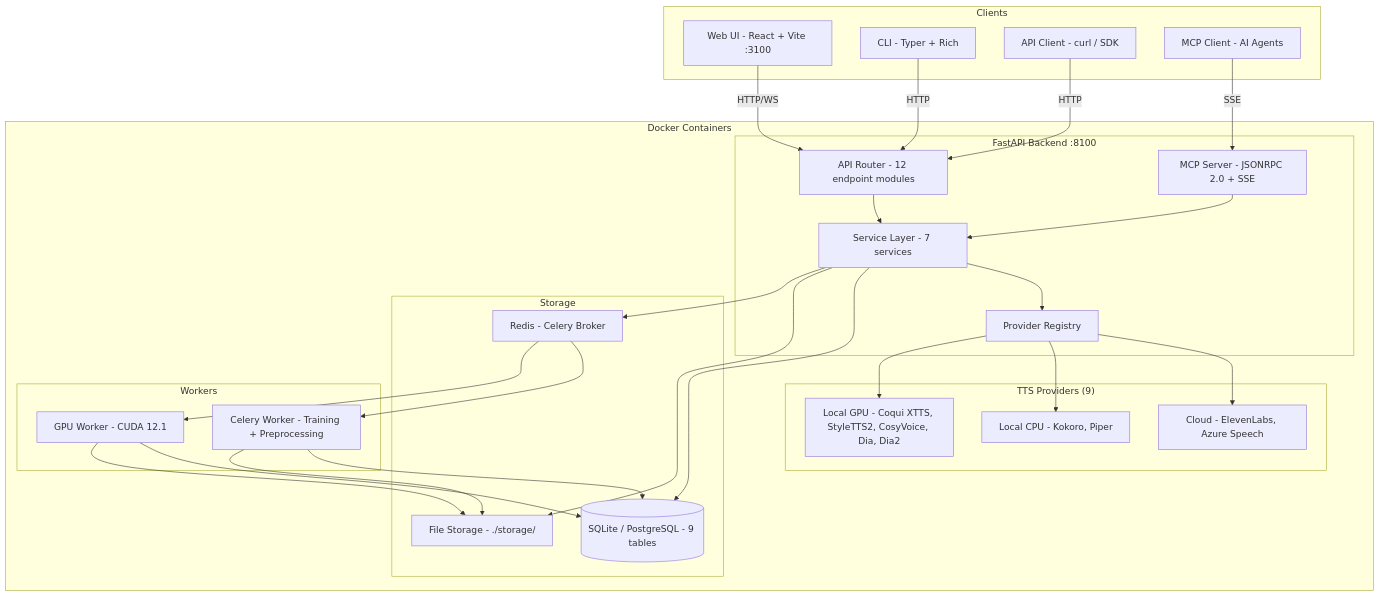
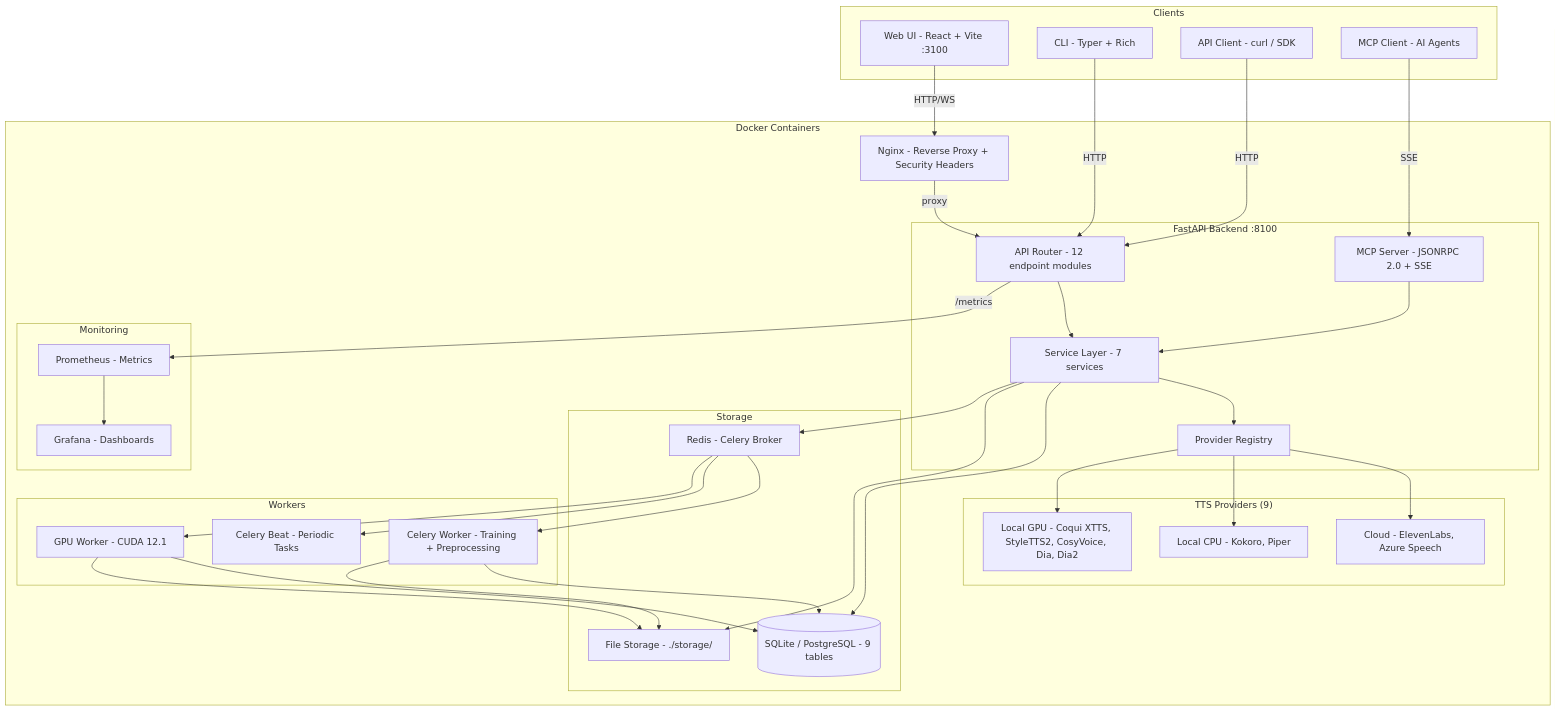
The first of 6 diagrams in docs/architecture.md (HouseGarofalo/atlas-vox), drawn with Mermaid before and after one commit. The commit also changed other lines of this file and 67 other files, not shown here.

````diff
--- a/docs/architecture.md
+++ b/docs/architecture.md
@@ -35,58 +45,71 @@
 ```mermaid
 graph TB
     subgraph Clients
         WebUI["Web UI - React + Vite :3100"]
         CLI["CLI - Typer + Rich"]
         API_Client["API Client - curl / SDK"]
         MCP_Client["MCP Client - AI Agents"]
     end
 
     subgraph Docker["Docker Containers"]
         subgraph Backend["FastAPI Backend :8100"]
             Router["API Router - 12 endpoint modules"]
             MCP["MCP Server - JSONRPC 2.0 + SSE"]
             Services["Service Layer - 7 services"]
             Registry["Provider Registry"]
         end
 
         subgraph Providers["TTS Providers (9)"]
             Cloud["Cloud - ElevenLabs, Azure Speech"]
             LocalCPU["Local CPU - Kokoro, Piper"]
             LocalGPU["Local GPU - Coqui XTTS, StyleTTS2, CosyVoice, Dia, Dia2"]
         end
 
         subgraph Storage
             DB[("SQLite / PostgreSQL - 9 tables")]
             FileStore["File Storage - ./storage/"]
             Redis["Redis - Celery Broker"]
         end
 
         subgraph Workers
             CeleryWorker["Celery Worker - Training + Preprocessing"]
+            CeleryBeat["Celery Beat - Periodic Tasks"]
             GPUWorker["GPU Worker - CUDA 12.1"]
         end
+
+        subgraph Monitoring
+            Prometheus["Prometheus - Metrics"]
+            Grafana["Grafana - Dashboards"]
+        end
+
+        Nginx["Nginx - Reverse Proxy + Security Headers"]
     end
 
-    WebUI -->|HTTP/WS| Router
+    WebUI -->|HTTP/WS| Nginx
+    Nginx -->|proxy| Router
     CLI -->|HTTP| Router
     API_Client -->|HTTP| Router
     MCP_Client -->|SSE| MCP
 
     Router --> Services
     MCP --> Services
     Services --> Registry
     Services --> DB
     Services --> FileStore
     Services --> Redis
 
     Registry --> Cloud
     Registry --> LocalCPU
     Registry --> LocalGPU
 
     Redis --> CeleryWorker
+    Redis --> CeleryBeat
     Redis --> GPUWorker
     CeleryWorker --> DB
     CeleryWorker --> FileStore
     GPUWorker --> DB
     GPUWorker --> FileStore
+
+    Router -->|/metrics| Prometheus
+    Prometheus --> Grafana
 ```
````
